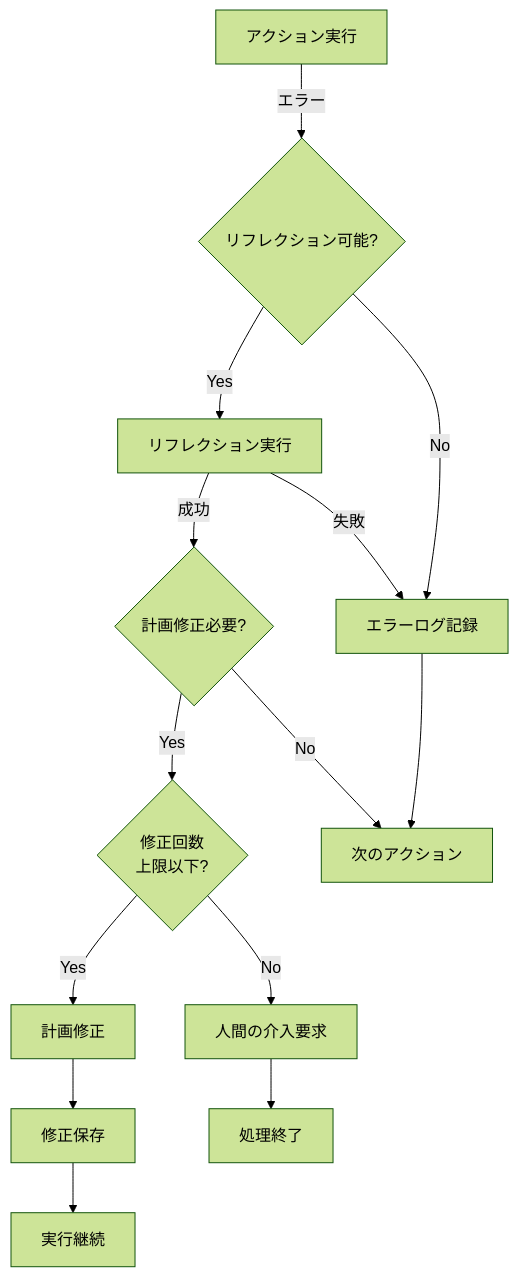
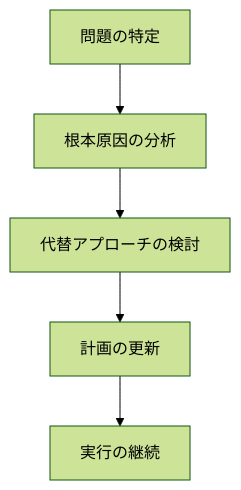
The third of 4 diagrams in docs/spec/PLANNING_SPECIFICATION.md (notfolder/coding_agent), drawn with Mermaid (forest theme) before and after one commit. The commit also changed other lines of this file and 2 other files, not shown here.

Commit message:
主要仕様ドキュメントを日本語化しMermaid図を追加

````diff
--- a/docs/spec/PLANNING_SPECIFICATION.md
+++ b/docs/spec/PLANNING_SPECIFICATION.md
@@ -782,21 +220,7 @@
 ```mermaid
-graph TD
-    A[アクション実行] -->|エラー| B{リフレクション可能?}
-    B -->|Yes| C[リフレクション実行]
-    B -->|No| D[エラーログ記録]
-    
-    C -->|成功| E{計画修正必要?}
-    C -->|失敗| D
-    
-    E -->|Yes| F{修正回数<br/>上限以下?}
-    E -->|No| G[次のアクション]
-    
-    F -->|Yes| H[計画修正]
-    F -->|No| I[人間の介入要求]
-    
-    H --> J[修正保存]
-    J --> K[実行継続]
-    
-    I --> L[処理終了]
-    D --> G
+flowchart TD
+    A[問題の特定] --> B[根本原因の分析]
+    B --> C[代替アプローチの検討]
+    C --> D[計画の更新]
+    D --> E[実行の継続]
 ```
````
